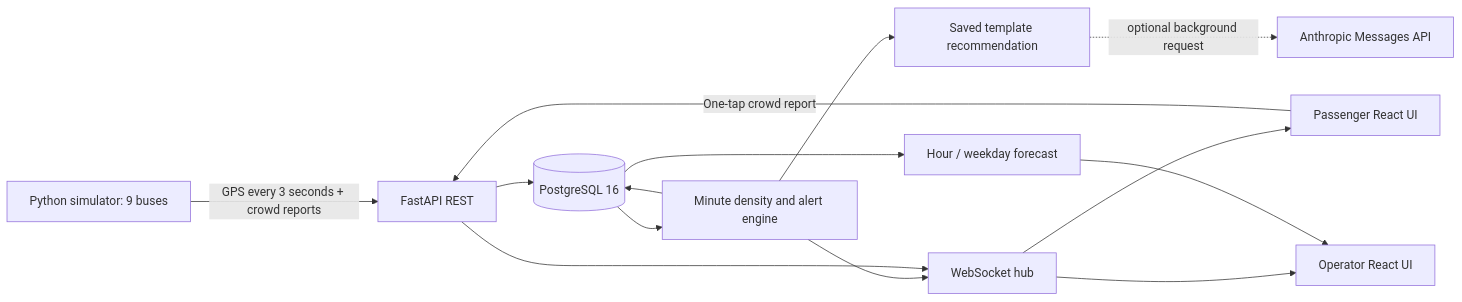
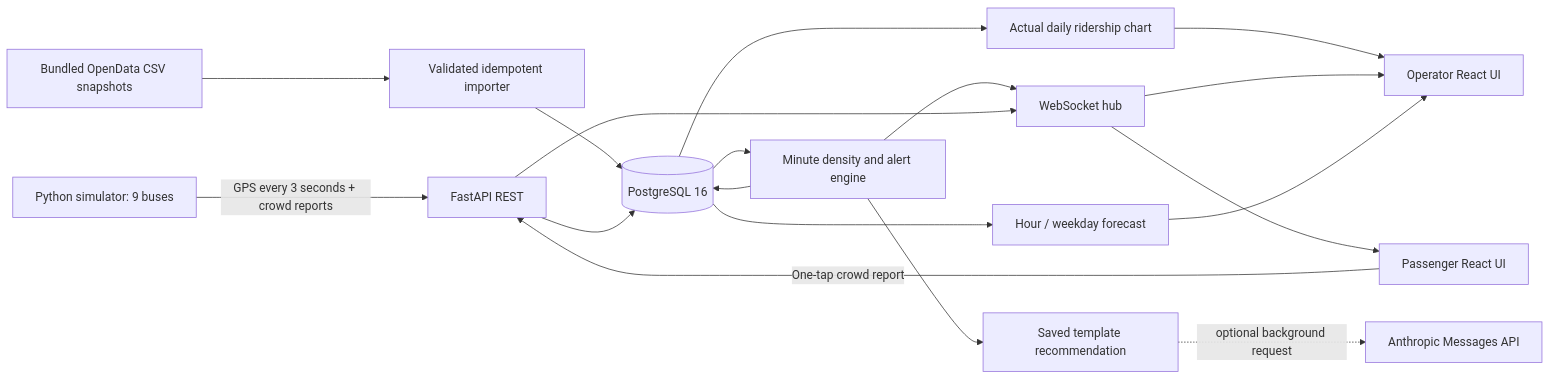
The diagram in README.md (orucexe/bakuport), drawn with Mermaid before and after one commit. The commit also changed other lines of this file and 27 other files, not shown here.

Commit message:
Integrate official BakuBus stop coordinates and daily ridership data

````diff
--- a/README.md
+++ b/README.md
@@ -32,16 +47,20 @@
 ```mermaid
 flowchart LR
   S[Python simulator: 9 buses] -->|GPS every 3 seconds + crowd reports| A[FastAPI REST]
+  CSV[Bundled OpenData CSV snapshots] --> I[Validated idempotent importer]
+  I --> D
+  D --> H[Actual daily ridership chart]
+  H --> O
   P[Passenger React UI] -->|One-tap crowd report| A
   A --> D[(PostgreSQL 16)]
   D --> E[Minute density and alert engine]
   E --> D
   E --> W[WebSocket hub]
   A --> W
   W --> P
   W --> O[Operator React UI]
   E --> R[Saved template recommendation]
   R -. optional background request .-> L[Anthropic Messages API]
   D --> F[Hour / weekday forecast]
   F --> O
 ```
````
